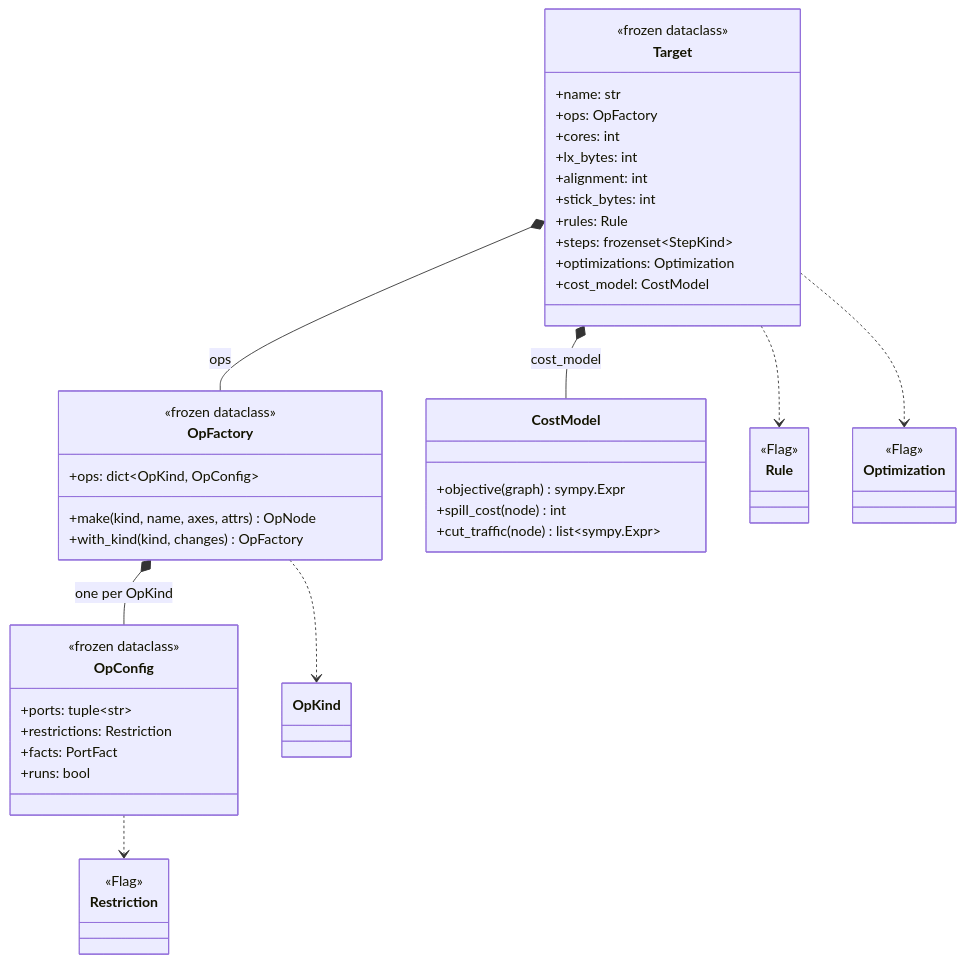
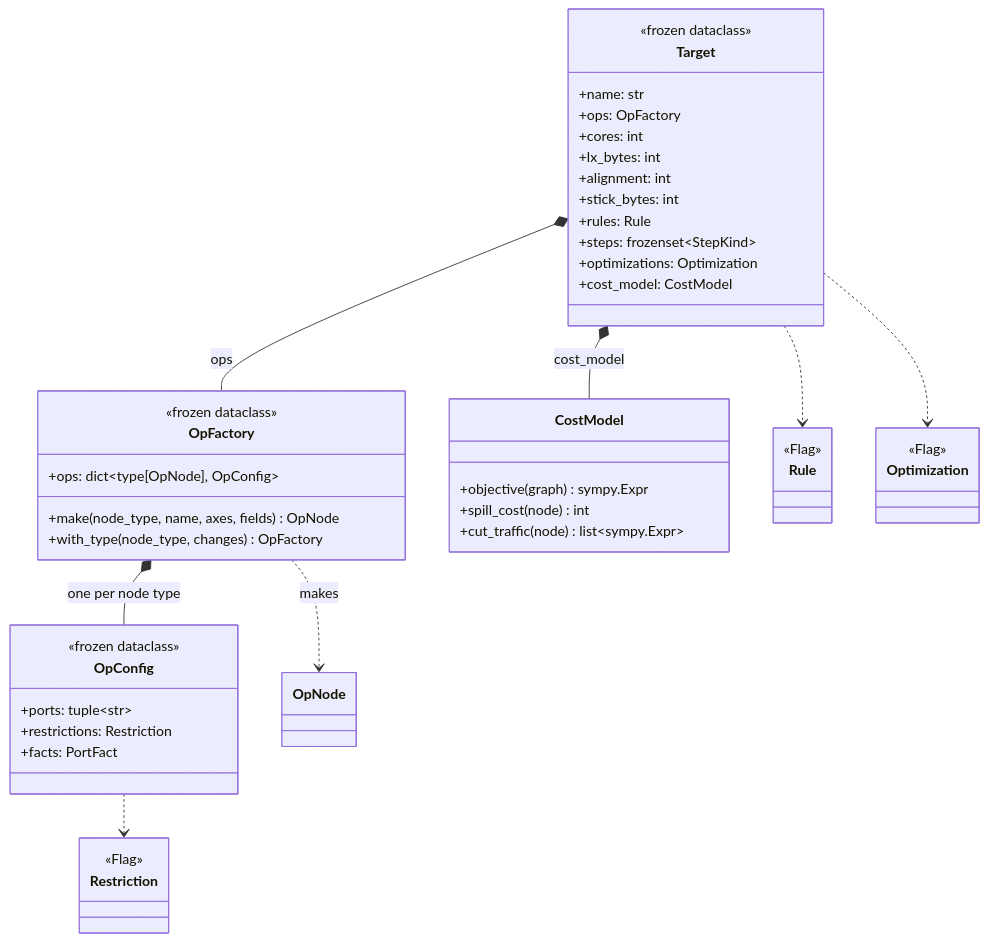
Before and after one commit to spectre-ns/spyre-roadmap: the third of 6 diagrams in plans/lx-allocator.md, drawn with Mermaid. The commit also changed other lines of this file, not shown here.

First line of the commit message:
Restore node subclasses, keep the per-card op factory

````diff
--- a/plans/lx-allocator.md
+++ b/plans/lx-allocator.md
@@ -244,54 +260,53 @@
 ```mermaid
 classDiagram
     direction TB
 
     class Target {
         <<frozen dataclass>>
         +name: str
         +ops: OpFactory
         +cores: int
         +lx_bytes: int
         +alignment: int
         +stick_bytes: int
         +rules: Rule
         +steps: frozenset~StepKind~
         +optimizations: Optimization
         +cost_model: CostModel
     }
     class OpFactory {
         <<frozen dataclass>>
-        +ops: dict~OpKind, OpConfig~
-        +make(kind, name, axes, attrs) OpNode
-        +with_kind(kind, changes) OpFactory
+        +ops: dict~type[OpNode], OpConfig~
+        +make(node_type, name, axes, fields) OpNode
+        +with_type(node_type, changes) OpFactory
     }
     class OpConfig {
         <<frozen dataclass>>
         +ports: tuple~str~
         +restrictions: Restriction
         +facts: PortFact
-        +runs: bool
     }
     class CostModel {
         +objective(graph) sympy.Expr
         +spill_cost(node) int
         +cut_traffic(node) list~sympy.Expr~
     }
     class Restriction {
         <<Flag>>
     }
     class Rule {
         <<Flag>>
     }
     class Optimization {
         <<Flag>>
     }
-    class OpKind
+    class OpNode
 
     Target *-- OpFactory : ops
     Target *-- CostModel : cost_model
     Target ..> Rule
     Target ..> Optimization
-    OpFactory *-- OpConfig : one per OpKind
-    OpFactory ..> OpKind
+    OpFactory *-- OpConfig : one per node type
+    OpFactory ..> OpNode : makes
     OpConfig ..> Restriction
 ```
````
